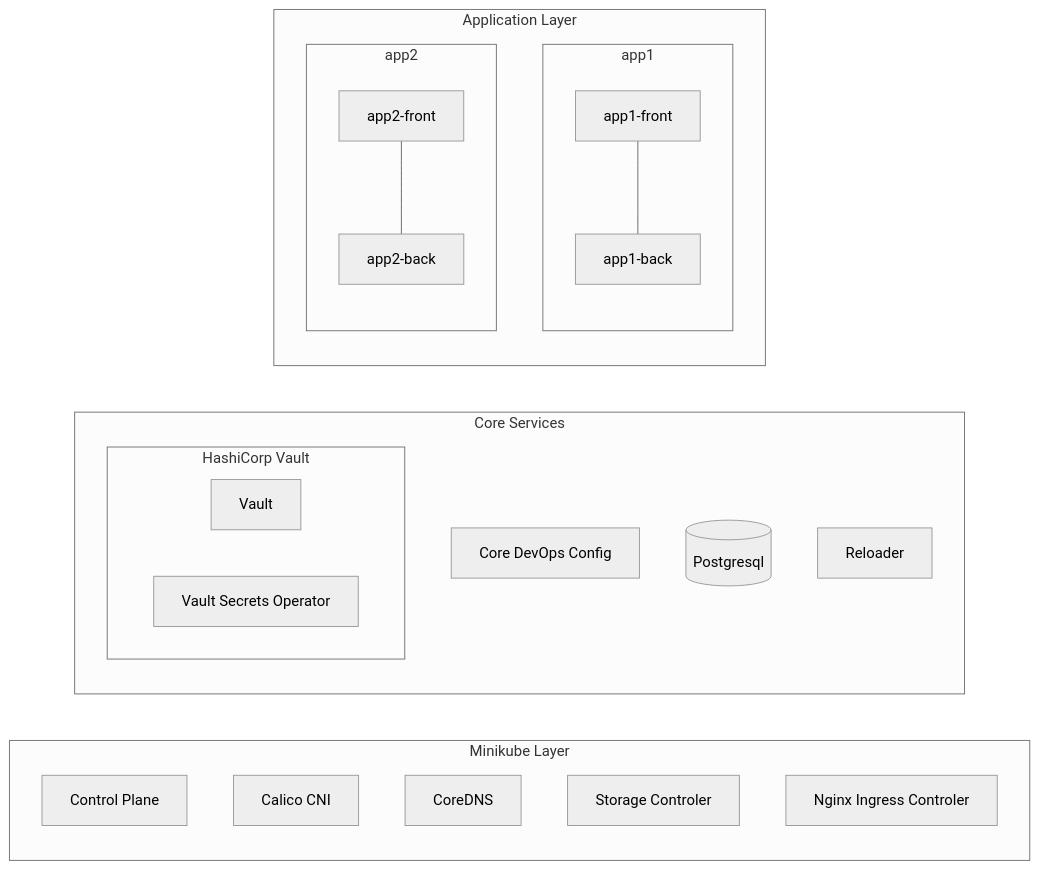
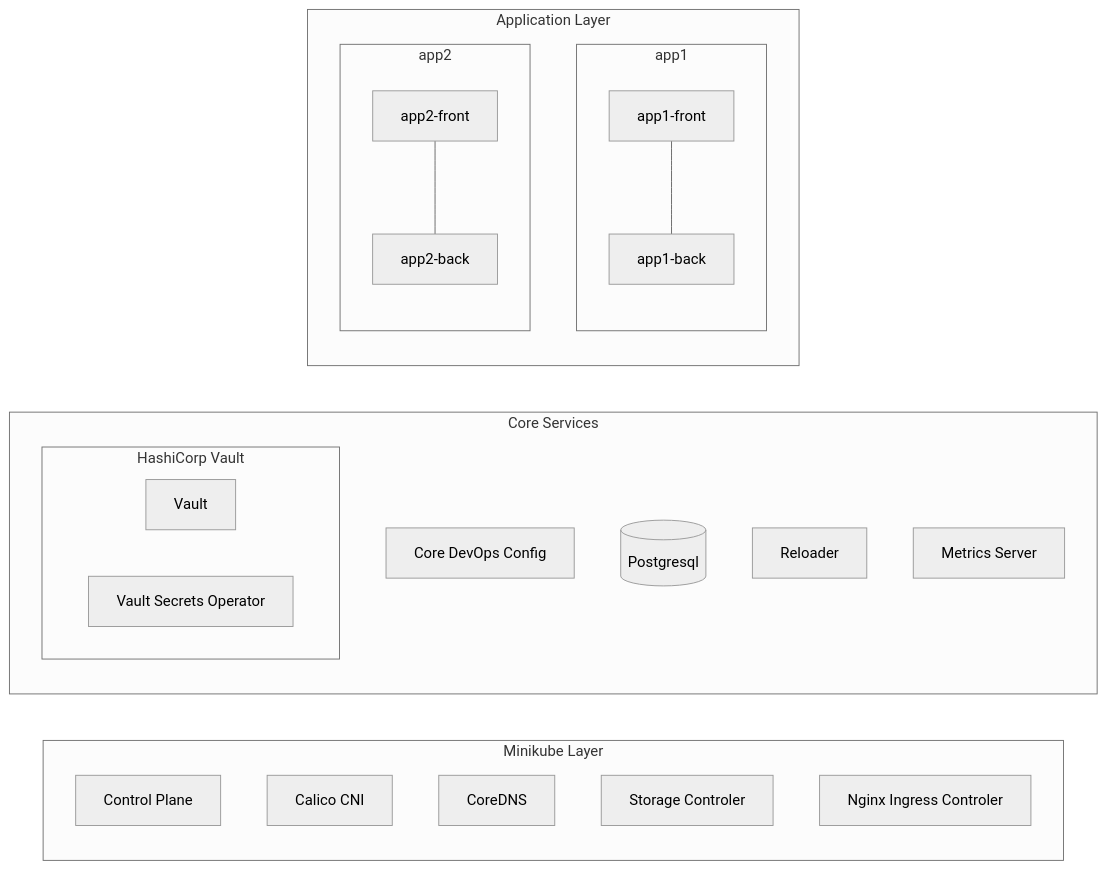
Before and after one commit to mandos/k8s-deployment.example: the first of 2 diagrams in README.md, drawn with Mermaid (neutral theme). The commit also changed other lines of this file and 1 other file, not shown here.

Commit message:
feat: Install Metrics Server for HPA

````diff
--- a/README.md
+++ b/README.md
@@ -261,33 +261,34 @@
 ```mermaid
 flowchart LR 
 subgraph "Minikube Layer"
   control-plane[Control Plane]
   cni[Calico CNI]
   dns[CoreDNS]
   csi[Storage Controler]
   ingress[Nginx Ingress Controler]
 end
 
 subgraph "Core Services"
   devops[Core DevOps Config]
   db[(Postgresql)]
   subgraph "HashiCorp Vault"
     vault[Vault]
     operator[Vault Secrets Operator] 
   end
   reloader[Reloader]
+  metricsserver[Metrics Server]
 end
 
 subgraph "Application Layer"
   direction TB
   subgraph app1
     direction BT 
     app1back[app1-back] --- app1front[app1-front]
   end
 
   subgraph app2
     direction BT 
     app2back[app2-back] --- app2front[app2-front]
   end
 end
 ```
````
